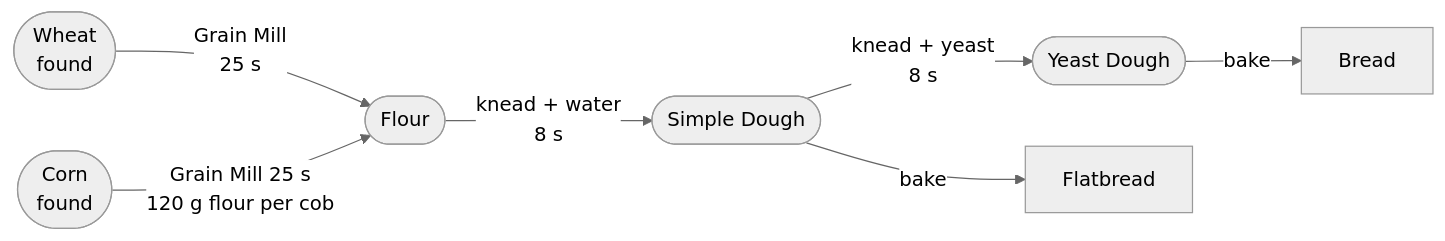
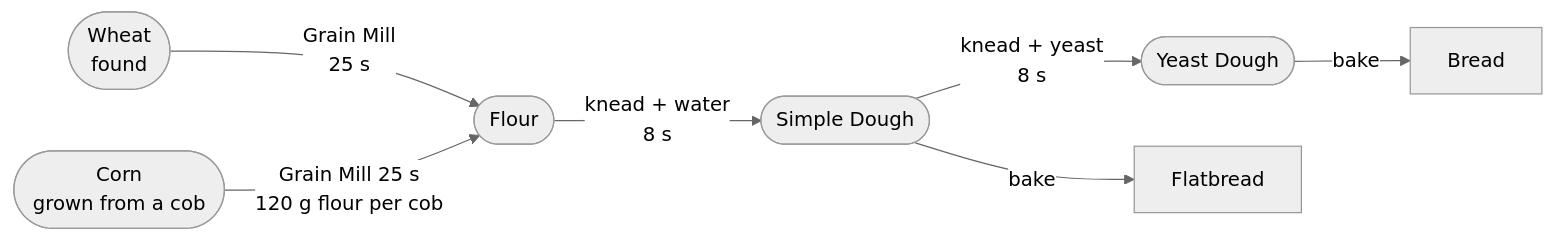
Before and after one commit to Psyern/Psyerns_ChefZ: the first of 13 diagrams in ChefZ_Wiki/Production-Chains.md, drawn with Mermaid (neutral theme). The commit also changed other lines of this file and 6 other files, not shown here.

````diff
--- a/ChefZ_Wiki/Production-Chains.md
+++ b/ChefZ_Wiki/Production-Chains.md
@@ -35,9 +35,9 @@
 ```mermaid
 graph LR
   W(["Wheat<br/>found"]) -->|Grain Mill<br/>25 s| F(["Flour"])
-  CO(["Corn<br/>found"]) -->|"Grain Mill 25 s<br/>120 g flour per cob"| F
+  CO(["Corn<br/>grown from a cob"]) -->|"Grain Mill 25 s<br/>120 g flour per cob"| F
   F -->|"knead + water<br/>8 s"| SD(["Simple Dough"])
   SD -->|"knead + yeast<br/>8 s"| YD(["Yeast Dough"])
   YD -->|"bake"| B["Bread"]
   SD -->|"bake"| FB["Flatbread"]
 ```
````
